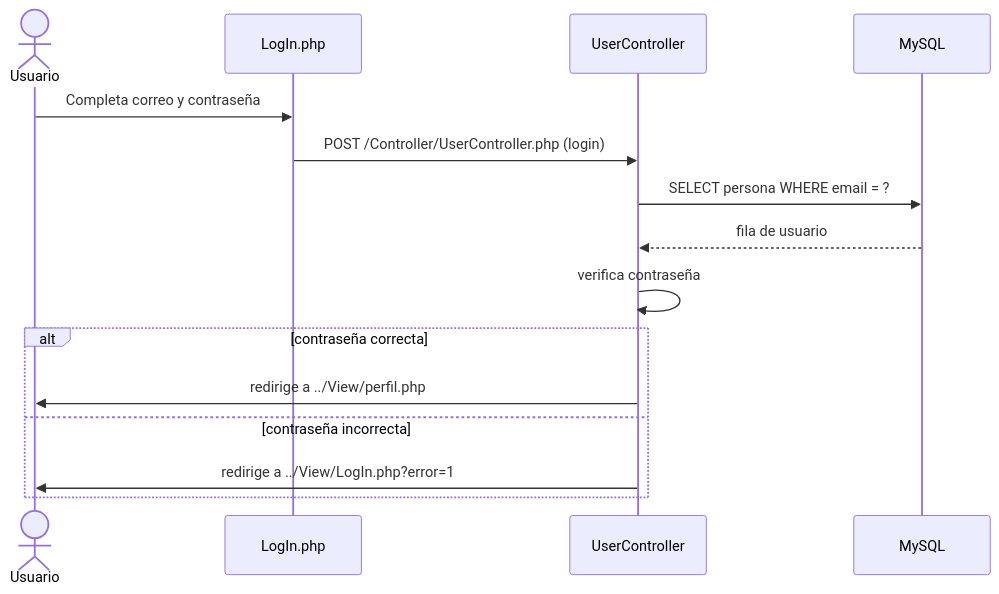
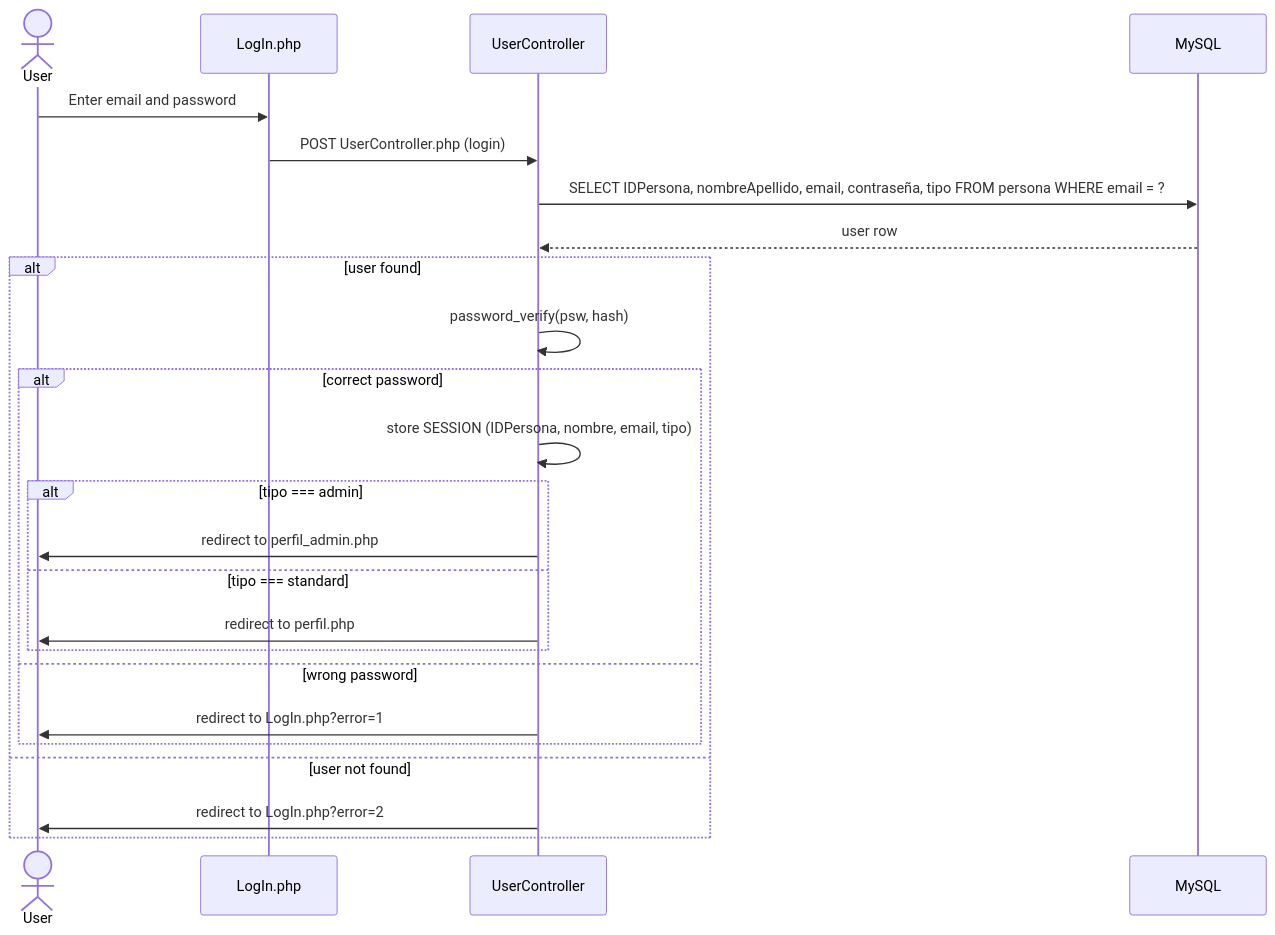
The second of 4 diagrams in README.md (IsabelVSousa/M0615_StandApp), drawn with Mermaid before and after one commit. The commit also changed other lines of this file, not shown here.

````diff
--- a/README.md
+++ b/README.md
@@ -56,18 +156,28 @@
 ```mermaid
 sequenceDiagram
-    actor Usuario
+    actor User
     participant LogInPage as LogIn.php
     participant Controller as UserController
     participant Database as MySQL
 
-    Usuario->>LogInPage: Completa correo y contraseña
-    LogInPage->>Controller: POST /Controller/UserController.php (login)
-    Controller->>Database: SELECT persona WHERE email = ?
-    Database-->>Controller: fila de usuario
-    Controller->>Controller: verifica contraseña
-    alt contraseña correcta
-        Controller->>Usuario: redirige a ../View/perfil.php
-    else contraseña incorrecta
-        Controller->>Usuario: redirige a ../View/LogIn.php?error=1
+    User->>LogInPage: Enter email and password
+    LogInPage->>Controller: POST UserController.php (login)
+    Controller->>Database: SELECT IDPersona, nombreApellido, email, contraseña, tipo FROM persona WHERE email = ?
+    Database-->>Controller: user row
+
+    alt user found
+        Controller->>Controller: password_verify(psw, hash)
+        alt correct password
+            Controller->>Controller: store SESSION (IDPersona, nombre, email, tipo)
+            alt tipo === admin
+                Controller->>User: redirect to perfil_admin.php
+            else tipo === standard
+                Controller->>User: redirect to perfil.php
+            end
+        else wrong password
+            Controller->>User: redirect to LogIn.php?error=1
+        end
+    else user not found
+        Controller->>User: redirect to LogIn.php?error=2
     end
 ```
````
